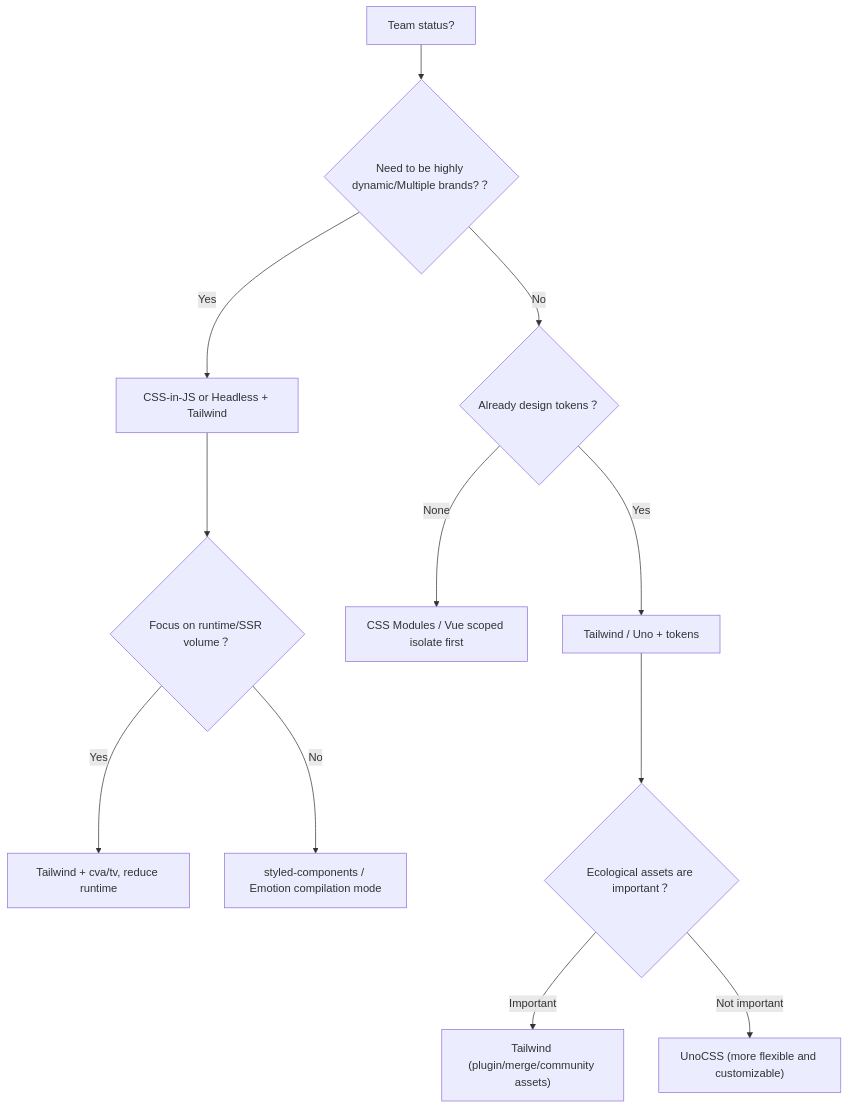
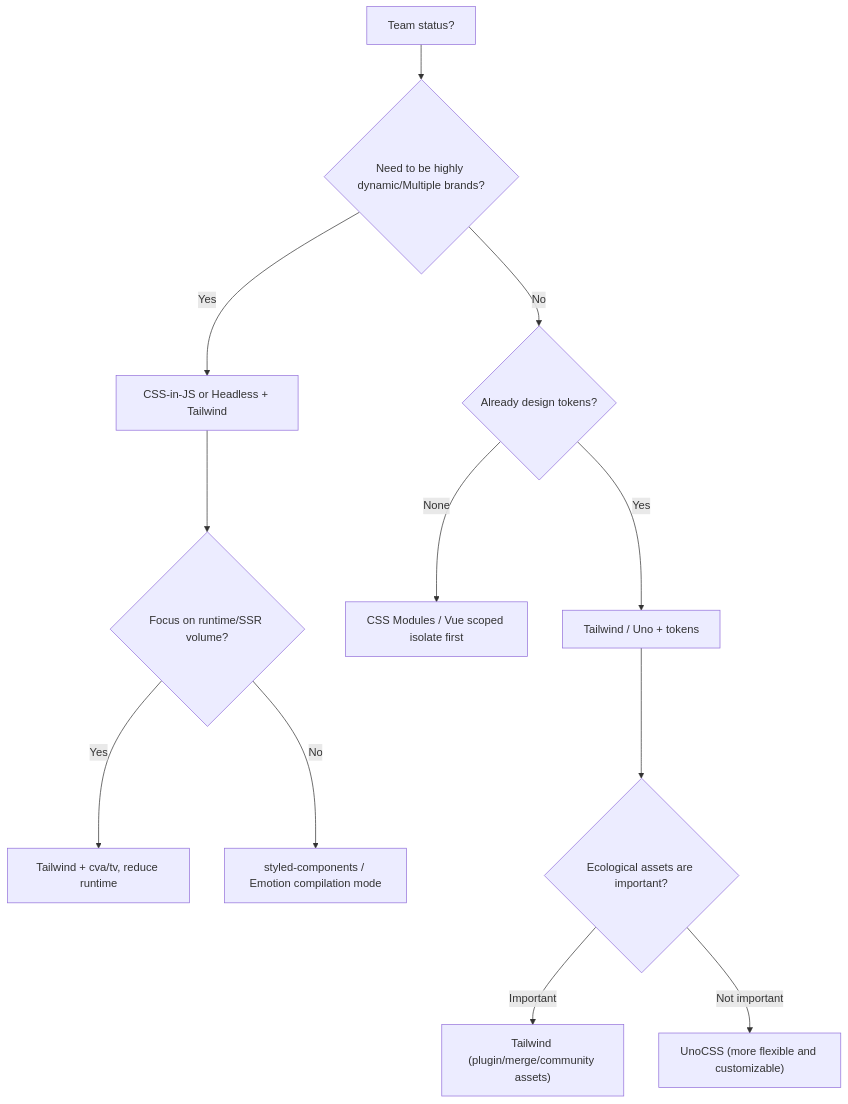
Before and after one commit to sonofmagic/weapp-tailwindcss: the second of 2 diagrams in website/i18n/en/docusaurus-plugin-content-docs/current/tailwindcss/history/index.mdx, drawn with Mermaid. The commit also changed other lines of this file and 68 other files, not shown here.

````diff
--- a/website/i18n/en/docusaurus-plugin-content-docs/current/tailwindcss/history/index.mdx
+++ b/website/i18n/en/docusaurus-plugin-content-docs/current/tailwindcss/history/index.mdx
@@ -273,14 +273,14 @@
 ```mermaid
 flowchart TD
-A["Team status?"] --> B{"Need to be highly dynamic/Multiple brands?？"}
+A["Team status?"] --> B{"Need to be highly dynamic/Multiple brands?"}
 B -->|Yes| C["CSS-in-JS or Headless + Tailwind"]
-B -->|No| D{"Already design tokens？"}
+B -->|No| D{"Already design tokens?"}
 D -->|Yes| E["Tailwind / Uno + tokens"]
 D -->|None| F["CSS Modules / Vue scoped isolate first"]
-C --> G{"Focus on runtime/SSR volume？"}
+C --> G{"Focus on runtime/SSR volume?"}
 G -->|Yes| H["Tailwind + cva/tv, reduce runtime"]
 G -->|No| I["styled-components / Emotion compilation mode"]
-E --> J{"Ecological assets are important？"}
+E --> J{"Ecological assets are important?"}
 J -->|Important| K["Tailwind (plugin/merge/community assets)"]
 J -->|Not important| L["UnoCSS (more flexible and customizable)"]
 ```
````
